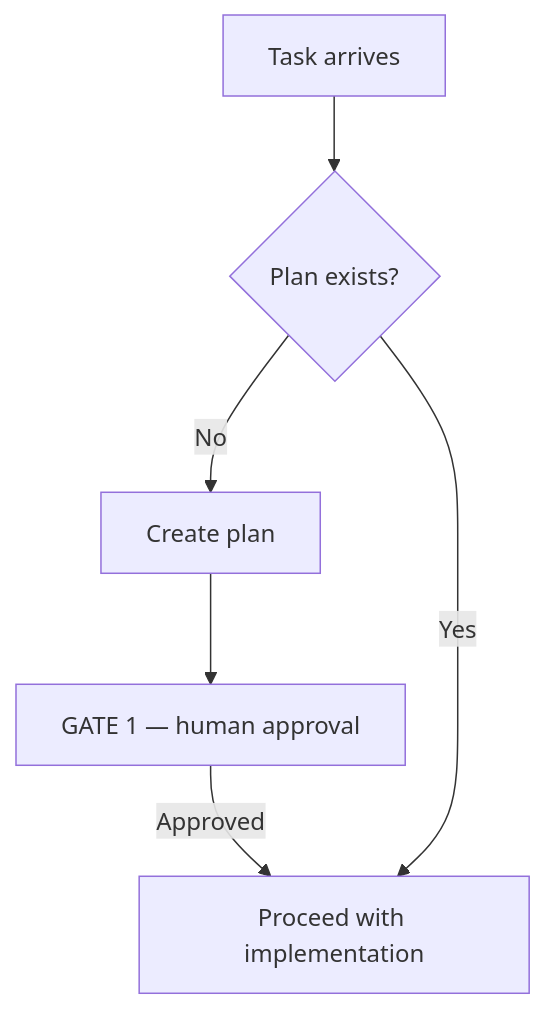
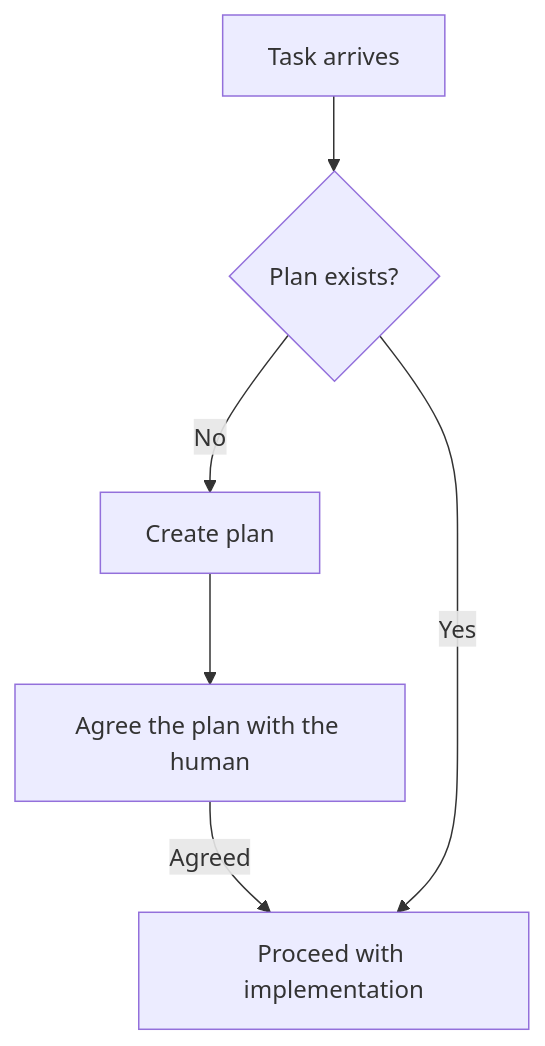
Before and after one commit to ngocsangyem/MeowKit: the fourth of 4 diagrams in packages/docs/content/docs/guide/agent-skill-architecture.mdx, drawn with Mermaid. The commit also changed other lines of this file and 68 other files, not shown here.

````diff
--- a/packages/docs/content/docs/guide/agent-skill-architecture.mdx
+++ b/packages/docs/content/docs/guide/agent-skill-architecture.mdx
@@ -121,8 +121,8 @@
 ```mermaid
 flowchart TD
     A["Task arrives"] --> B{"Plan exists?"}
     B -->|No| C["Create plan"]
-    C --> D["GATE 1 — human approval"]
-    D -->|Approved| E["Proceed with implementation"]
+    C --> D["Agree the plan with the human"]
+    D -->|Agreed| E["Proceed with implementation"]
     B -->|Yes| E
 ```
````
